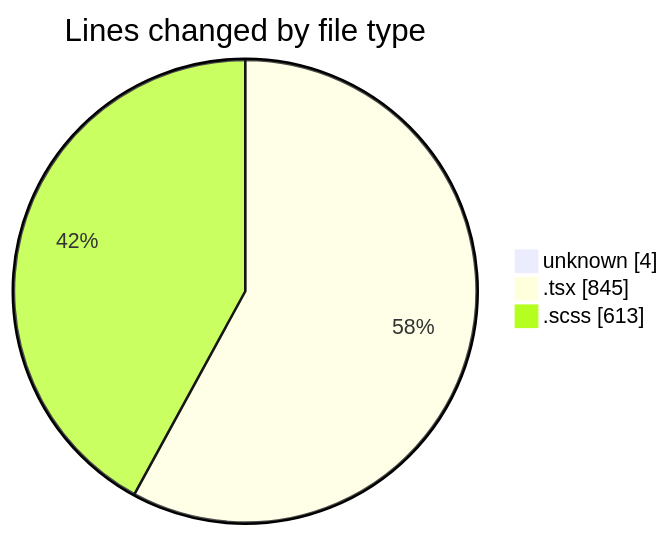
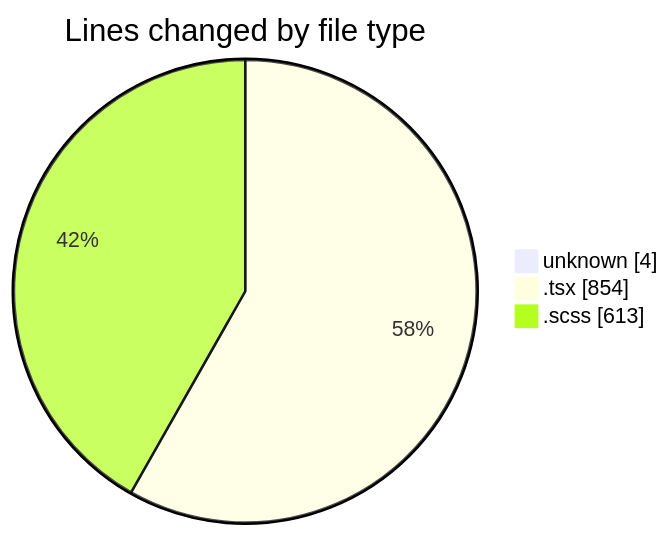
The first of 2 diagrams in 2025-02-14/cda/README.md (momahboobian/code-tracking), drawn with Mermaid before and after one commit. The commit also changed other lines of this file and 1 other file, not shown here.

````diff
--- a/2025-02-14/cda/README.md
+++ b/2025-02-14/cda/README.md
@@ -27,7 +27,7 @@
 ```mermaid
 pie showData
 title Lines changed by file type
 "unknown" : 4
-".tsx" : 845
+".tsx" : 854
 ".scss" : 613
 ```
````
